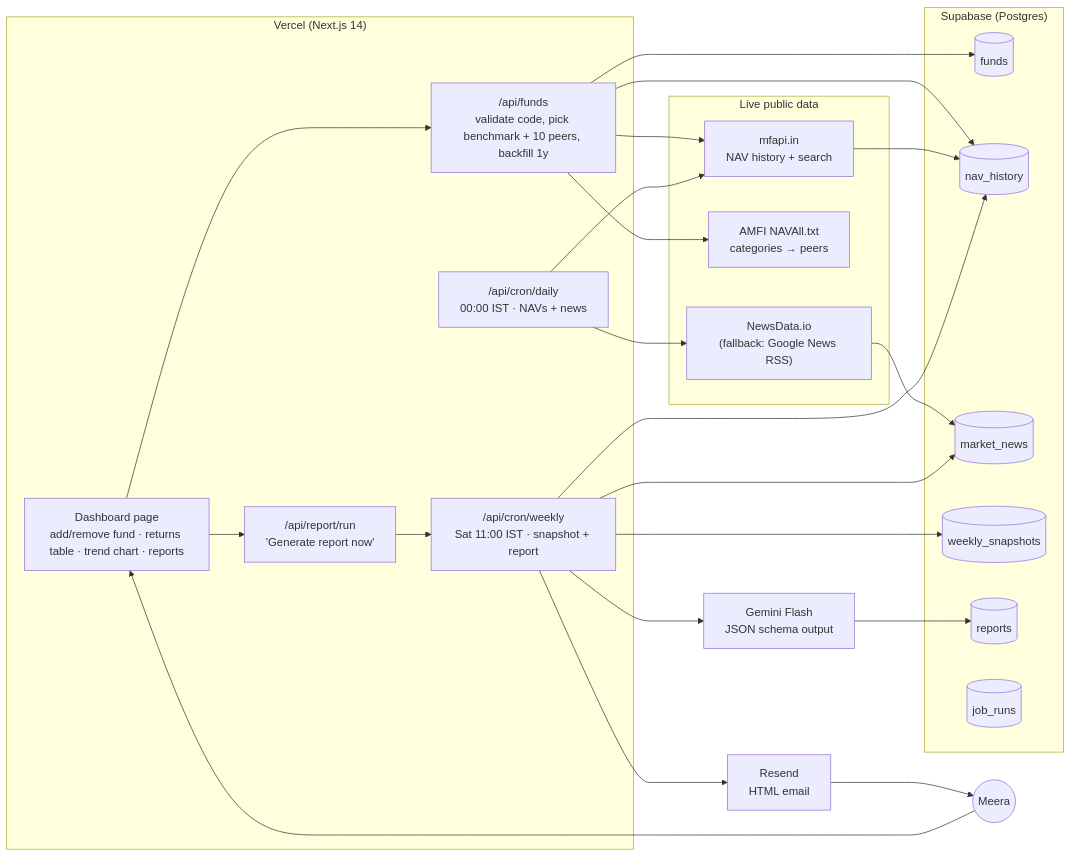
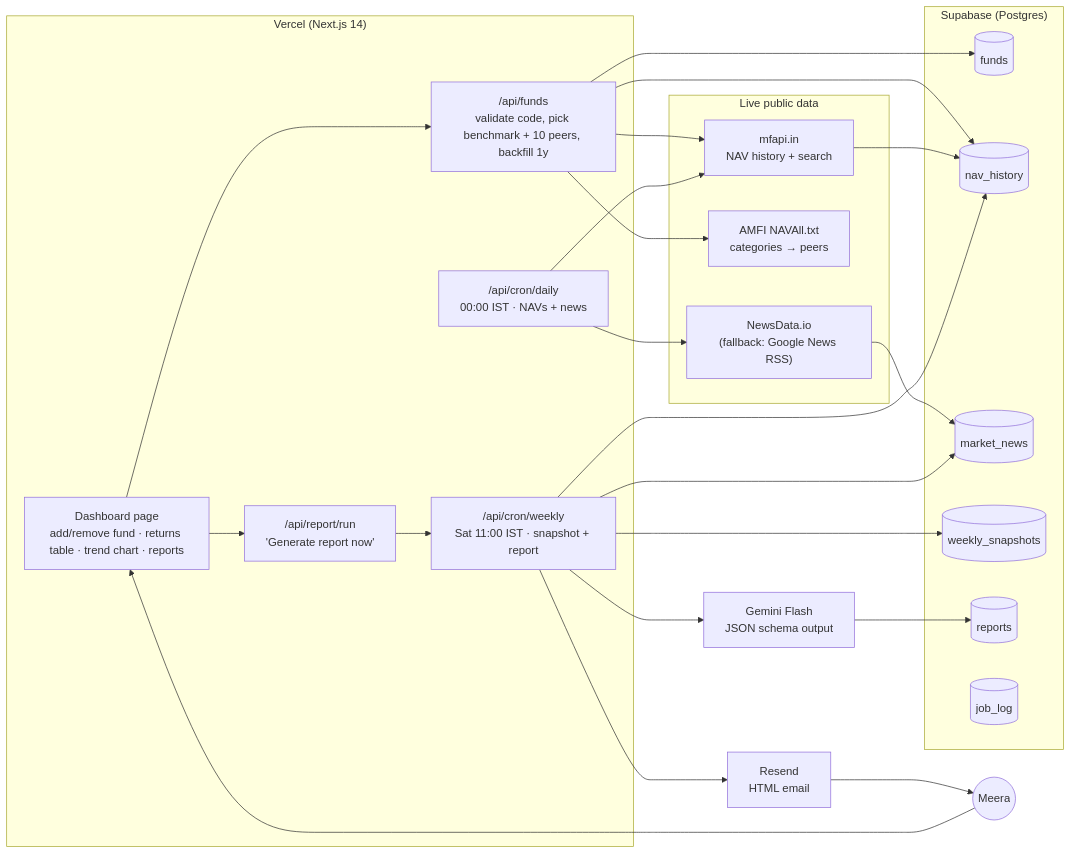
One commit to snehaiyer-beep/mf-tracker changed the diagram in COMPONENTS.md. Above: the diagram before and after it, drawn with Mermaid. The commit also changed other lines of this file and 26 other files, not shown here.

````diff
--- a/COMPONENTS.md
+++ b/COMPONENTS.md
@@ -3,45 +3,45 @@
 ```mermaid
 flowchart LR
   subgraph Sources["Live public data"]
     MFAPI["mfapi.in<br/>NAV history + search"]
     AMFI["AMFI NAVAll.txt<br/>categories → peers"]
     NEWS["NewsData.io<br/>(fallback: Google News RSS)"]
   end
 
   subgraph Vercel["Vercel (Next.js 14)"]
     UI["Dashboard page<br/>add/remove fund · returns table · trend chart · reports"]
     FUNDS["/api/funds<br/>validate code, pick benchmark + 10 peers, backfill 1y"]
     DAILY["/api/cron/daily<br/>00:00 IST · NAVs + news"]
     WEEKLY["/api/cron/weekly<br/>Sat 11:00 IST · snapshot + report"]
     RUN["/api/report/run<br/>'Generate report now'"]
   end
 
   subgraph Supabase["Supabase (Postgres)"]
     T1[(funds)]
     T2[(nav_history)]
     T3[(market_news)]
     T4[(weekly_snapshots)]
     T5[(reports)]
-    T6[(job_runs)]
+    T6[(job_log)]
   end
 
   GEMINI["Gemini Flash<br/>JSON schema output"]
   RESEND["Resend<br/>HTML email"]
   USER(("Meera"))
 
   USER --> UI
   UI --> FUNDS
   UI --> RUN
   FUNDS --> MFAPI
   FUNDS --> AMFI
   FUNDS --> T1
   FUNDS --> T2
   DAILY --> MFAPI --> T2
   DAILY --> NEWS --> T3
   WEEKLY --> T2
   RUN --> WEEKLY
   WEEKLY --> T3
   WEEKLY --> T4
   WEEKLY --> GEMINI --> T5
   WEEKLY --> RESEND --> USER
 ```
````
